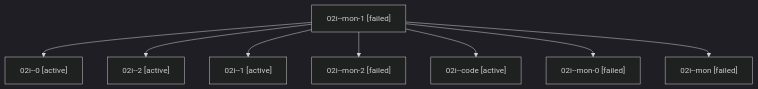
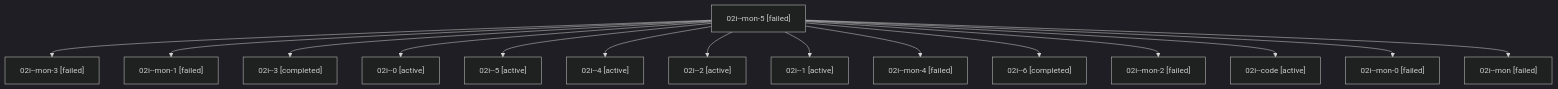
Before and after one commit to sase-org/sase--agents: the diagram in families/bbugyi200.athena.02i.md, drawn with Mermaid (dark theme). The commit also changed other lines of this file and 71 other files, not shown here.

````diff
--- a/families/bbugyi200.athena.02i.md
+++ b/families/bbugyi200.athena.02i.md
@@ -9,18 +9,32 @@
 ```mermaid
 flowchart TD
-  n0["02i--mon-1 [failed]"]
-  n1["02i--0 [active]"]
+  n0["02i--mon-5 [failed]"]
+  n1["02i--mon-3 [failed]"]
   n0 --> n1
-  n2["02i--2 [active]"]
+  n2["02i--mon-1 [failed]"]
   n0 --> n2
-  n3["02i--1 [active]"]
+  n3["02i--3 [completed]"]
   n0 --> n3
-  n4["02i--mon-2 [failed]"]
+  n4["02i--0 [active]"]
   n0 --> n4
-  n5["02i--code [active]"]
+  n5["02i--5 [active]"]
   n0 --> n5
-  n6["02i--mon-0 [failed]"]
+  n6["02i--4 [active]"]
   n0 --> n6
-  n7["02i--mon [failed]"]
+  n7["02i--2 [active]"]
   n0 --> n7
+  n8["02i--1 [active]"]
+  n0 --> n8
+  n9["02i--mon-4 [failed]"]
+  n0 --> n9
+  n10["02i--6 [completed]"]
+  n0 --> n10
+  n11["02i--mon-2 [failed]"]
+  n0 --> n11
+  n12["02i--code [active]"]
+  n0 --> n12
+  n13["02i--mon-0 [failed]"]
+  n0 --> n13
+  n14["02i--mon [failed]"]
+  n0 --> n14
 ```
````
